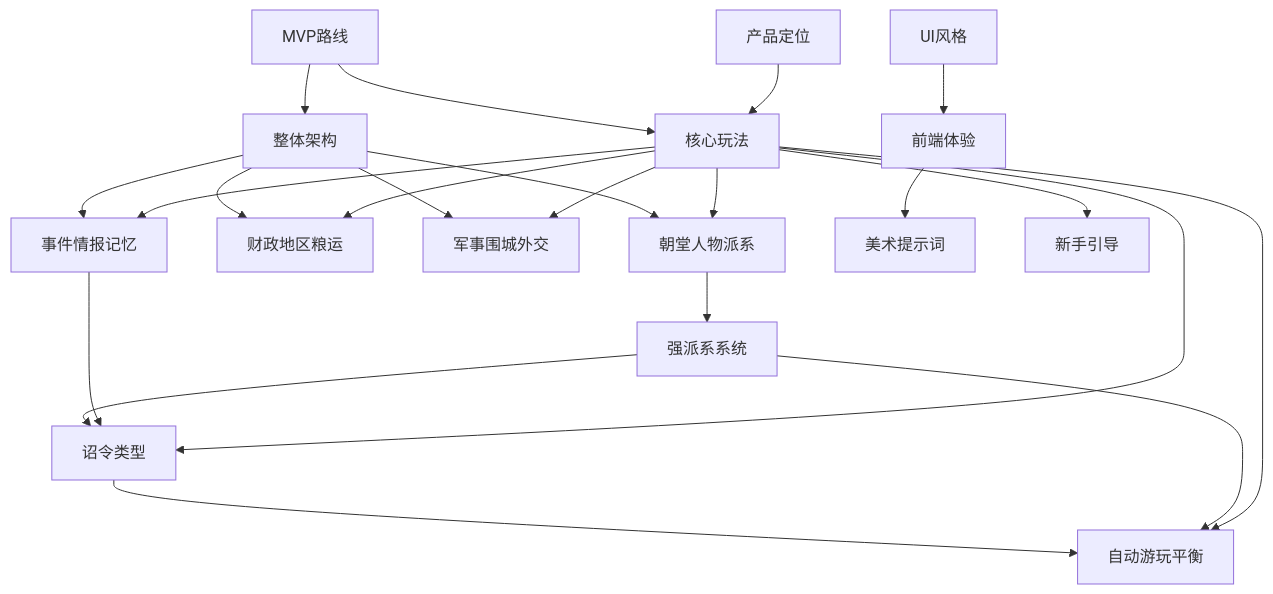
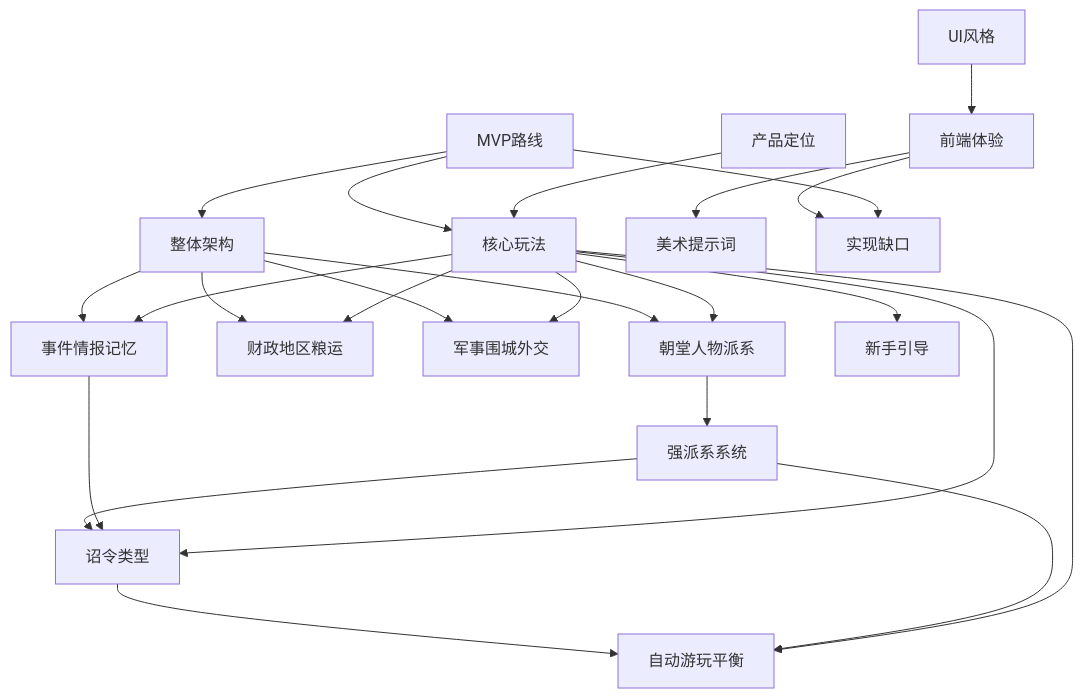
Before and after one commit to wuheyi/zhenbunandu: the diagram in docs/00-index.md, drawn with Mermaid. The commit also changed other lines of this file and 7 other files, not shown here.

````diff
--- a/docs/00-index.md
+++ b/docs/00-index.md
@@ -90,40 +92,43 @@
 ```mermaid
 flowchart TD
   Positioning["产品定位"]
   Core["核心玩法"]
   Architecture["整体架构"]
   Court["朝堂人物派系"]
   Finance["财政地区粮运"]
   Military["军事围城外交"]
   Events["事件情报记忆"]
   Factions["强派系系统"]
   Directives["诏令类型"]
   UX["前端体验"]
   UI["UI风格"]
   Art["美术提示词"]
   Onboarding["新手引导"]
   Balance["自动游玩平衡"]
   MVP["MVP路线"]
+  Gap["实现缺口"]
 
   Positioning --> Core
   Core --> Court
   Core --> Finance
   Core --> Military
   Core --> Events
   Architecture --> Court
   Architecture --> Finance
   Architecture --> Military
   Architecture --> Events
   Court --> Factions
   Core --> Directives
   Events --> Directives
   Factions --> Directives
   UI --> UX
   UX --> Art
   Core --> Onboarding
   Core --> Balance
   Factions --> Balance
   Directives --> Balance
   MVP --> Architecture
   MVP --> Core
+  MVP --> Gap
+  UX --> Gap
 ```
````
